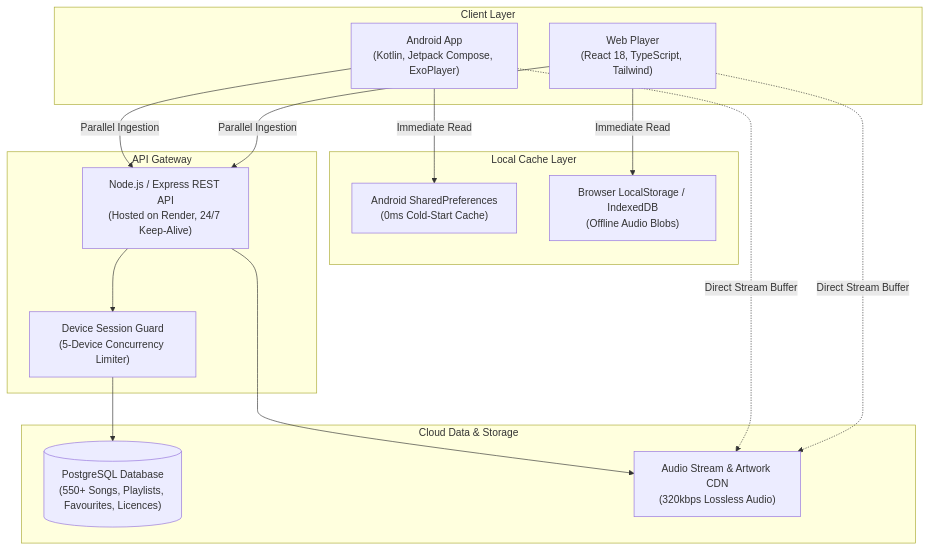
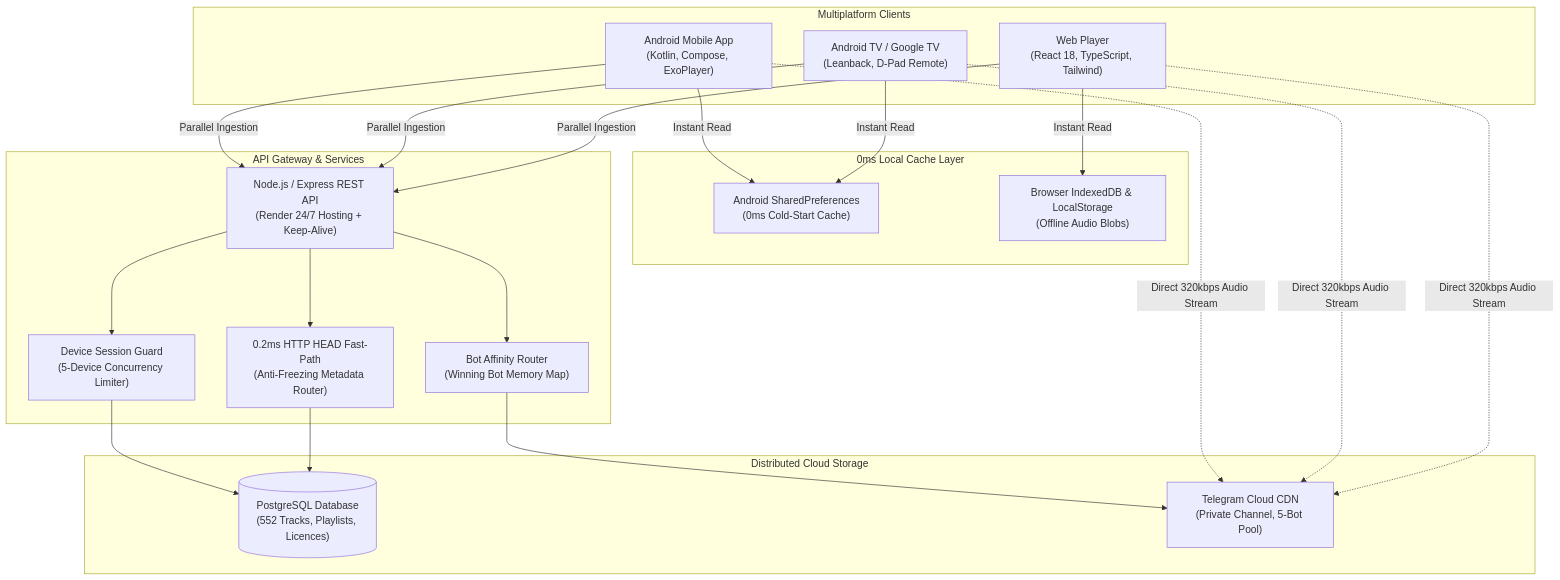
The diagram in README.md (SonyLucky7/melody), drawn with Mermaid before and after one commit. The commit also changed other lines of this file, not shown here.

Commit message:
docs: showcase 9 core engineering strategies, system architecture, and Android TV dual-target in README

````diff
--- a/README.md
+++ b/README.md
@@ -49,35 +28,44 @@
 ```mermaid
 flowchart TD
-    subgraph Clients["Client Layer"]
-        A["Android App<br/>(Kotlin, Jetpack Compose, ExoPlayer)"]
+    subgraph Clients["Multiplatform Clients"]
+        A["Android Mobile App<br/>(Kotlin, Compose, ExoPlayer)"]
+        TV["Android TV / Google TV<br/>(Leanback, D-Pad Remote)"]
         W["Web Player<br/>(React 18, TypeScript, Tailwind)"]
     end
 
-    subgraph Cache["Local Cache Layer"]
+    subgraph Cache["0ms Local Cache Layer"]
         AC["Android SharedPreferences<br/>(0ms Cold-Start Cache)"]
-        WC["Browser LocalStorage / IndexedDB<br/>(Offline Audio Blobs)"]
+        WC["Browser IndexedDB & LocalStorage<br/>(Offline Audio Blobs)"]
     end
 
-    subgraph Gateway["API Gateway"]
-        API["Node.js / Express REST API<br/>(Hosted on Render, 24/7 Keep-Alive)"]
+    subgraph Gateway["API Gateway & Services"]
+        API["Node.js / Express REST API<br/>(Render 24/7 Hosting + Keep-Alive)"]
+        HEAD["0.2ms HTTP HEAD Fast-Path<br/>(Anti-Freezing Metadata Router)"]
         AUTH["Device Session Guard<br/>(5-Device Concurrency Limiter)"]
+        ROUTER["Bot Affinity Router<br/>(Winning Bot Memory Map)"]
     end
 
-    subgraph Storage["Cloud Data & Storage"]
-        DB[("PostgreSQL Database<br/>(550+ Songs, Playlists, Favourites, Licences)")]
-        CDN["Audio Stream & Artwork CDN<br/>(320kbps Lossless Audio)"]
+    subgraph Storage["Distributed Cloud Storage"]
+        DB[("PostgreSQL Database<br/>(552 Tracks, Playlists, Licences)")]
+        TG["Telegram Cloud CDN<br/>(Private Channel, 5-Bot Pool)"]
     end
 
-    A -->|Immediate Read| AC
-    W -->|Immediate Read| WC
+    A -->|Instant Read| AC
+    TV -->|Instant Read| AC
+    W -->|Instant Read| WC
 
     A -->|Parallel Ingestion| API
+    TV -->|Parallel Ingestion| API
     W -->|Parallel Ingestion| API
 
     API --> AUTH
     AUTH --> DB
-    API --> CDN
+    API --> HEAD
+    HEAD --> DB
+    API --> ROUTER
+    ROUTER --> TG
 
-    A -.->|Direct Stream Buffer| CDN
-    W -.->|Direct Stream Buffer| CDN
+    A -.->|Direct 320kbps Audio Stream| TG
+    TV -.->|Direct 320kbps Audio Stream| TG
+    W -.->|Direct 320kbps Audio Stream| TG
 ```
````
